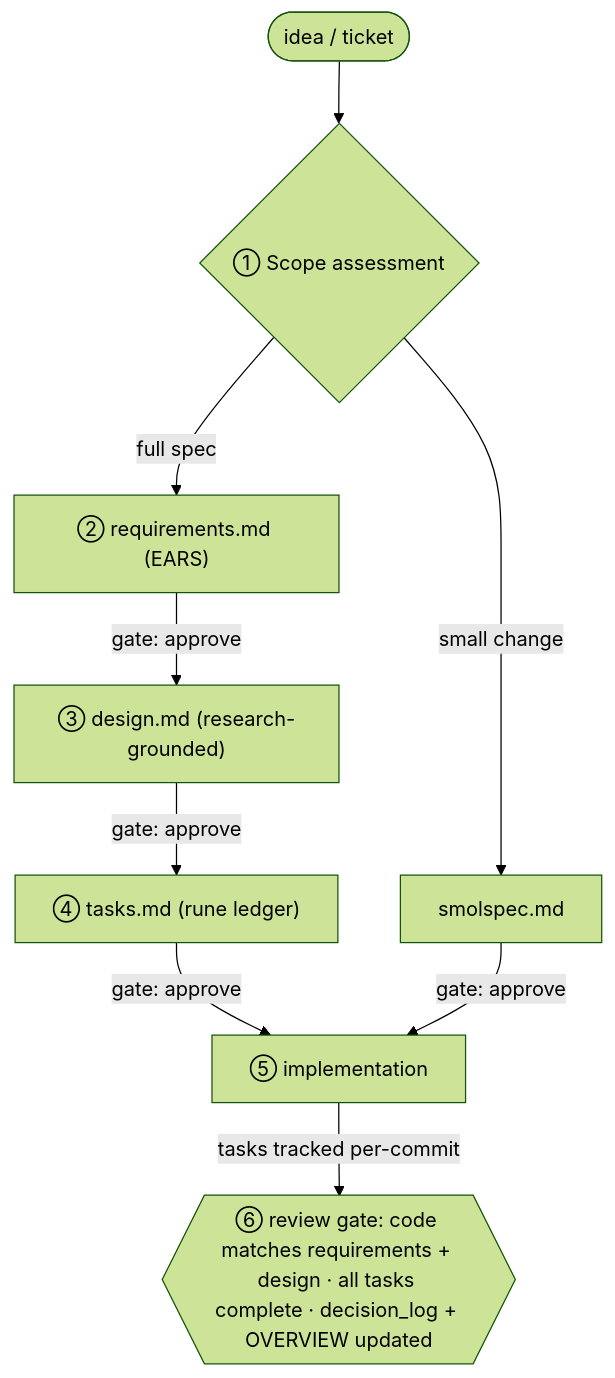
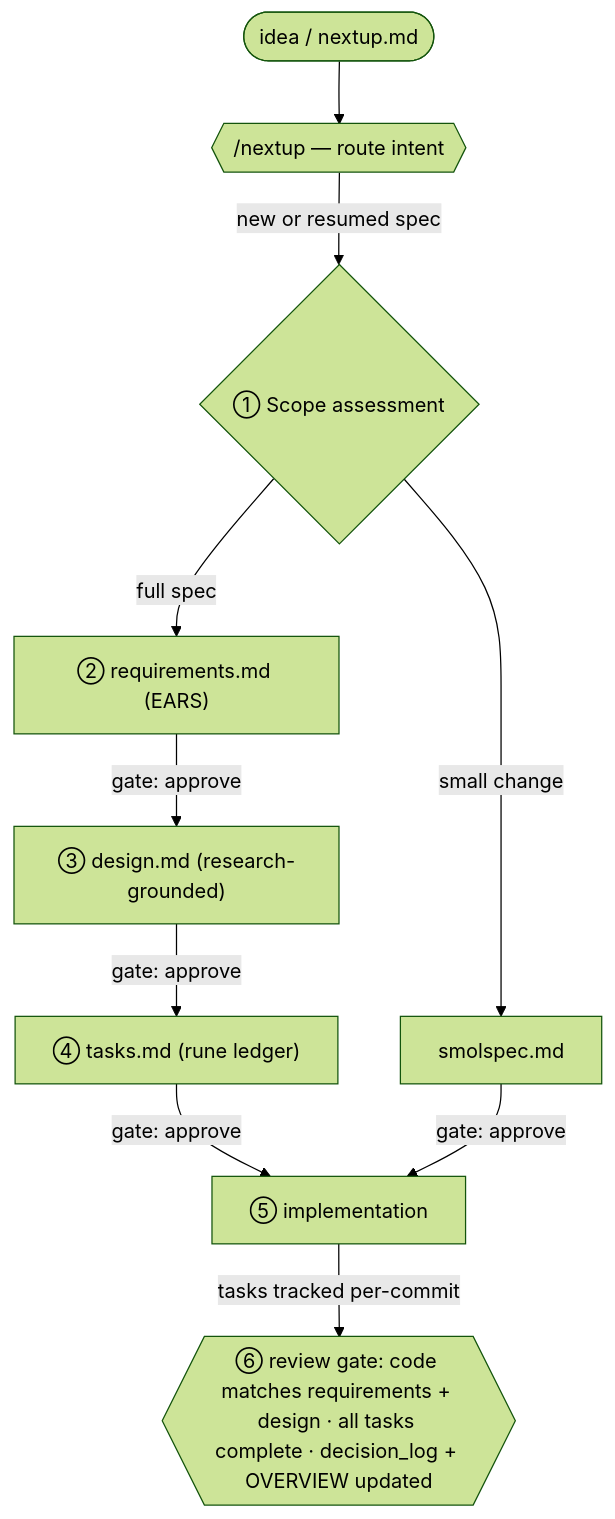
The first of 3 diagrams in specs/PROCESS.md (troobit/medata), drawn with Mermaid (forest theme) before and after one commit. The commit also changed other lines of this file and 22 other files, not shown here.

````diff
--- a/specs/PROCESS.md
+++ b/specs/PROCESS.md
@@ -141,11 +147,12 @@
 ```mermaid
 flowchart TD
-    idea([idea / ticket]) --> scope{① Scope assessment}
+    idea([idea / nextup.md]) --> nextup{{"/nextup — route intent"}}
+    nextup -->|new or resumed spec| scope{① Scope assessment}
     scope -->|small change| smol["smolspec.md"]
     scope -->|full spec| req["② requirements.md (EARS)"]
     req -->|gate: approve| design["③ design.md (research-grounded)"]
     design -->|gate: approve| tasks["④ tasks.md (rune ledger)"]
     tasks -->|gate: approve| impl["⑤ implementation"]
     smol -->|gate: approve| impl
     impl -->|tasks tracked per-commit| review{{"⑥ review gate: code matches requirements + design · all tasks complete · decision_log + OVERVIEW updated"}}
 ```
````
